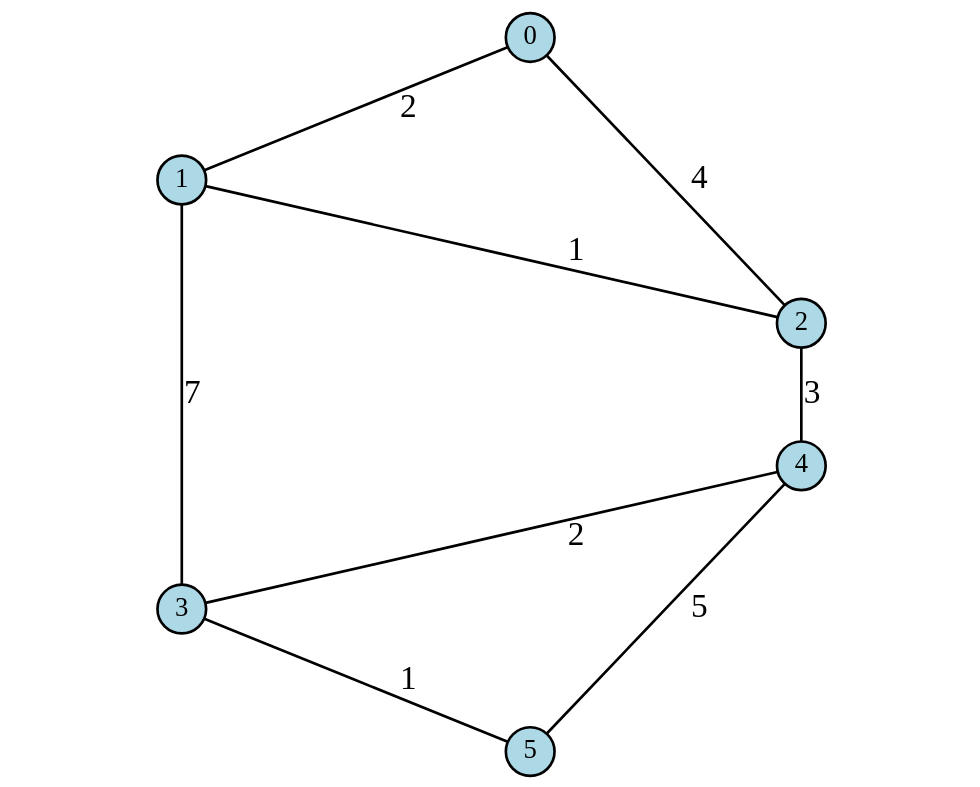
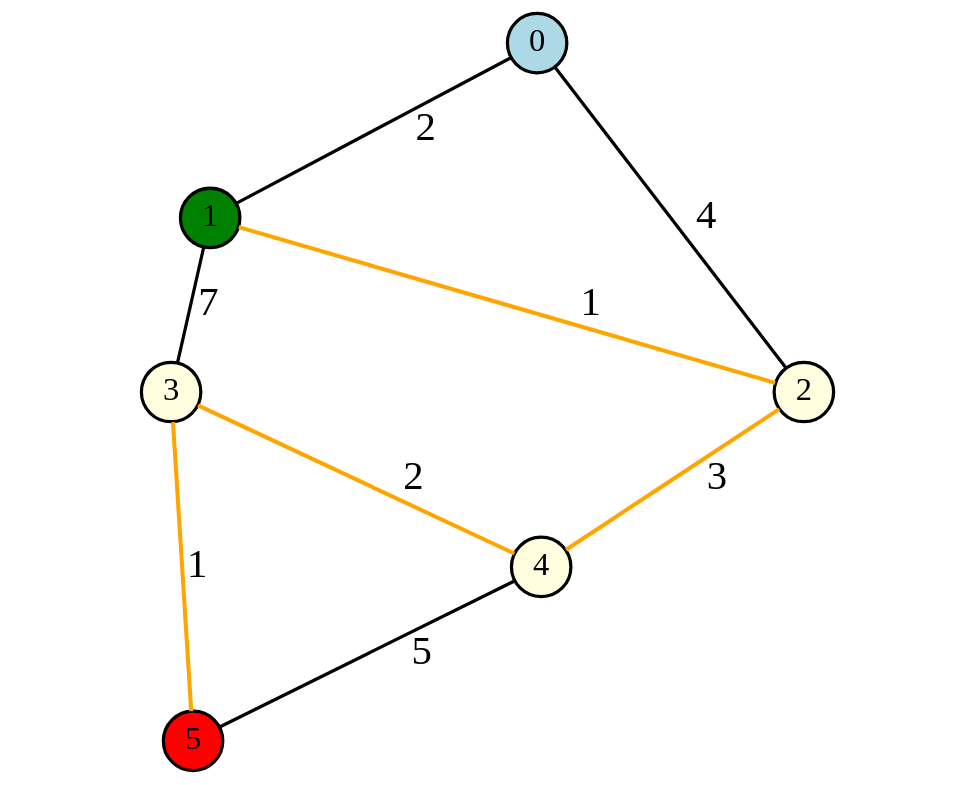
Before and after one commit to Arpit-Singh-Chauhan/Path-Finder: the diagram in graph.dot, drawn with Graphviz. The commit also changed 1 other file, not shown here.

Commit message:
inseet graph

```diff
--- a/graph.dot
+++ b/graph.dot
@@ -1,32 +1,30 @@
-graph G {
-
-    ratio = fill
-    size = "10,8"
-    nodesep = 0.8           //horizontal spacing
-    ranksep = 1.2           // vertical spacing
-
-    node [
-        shape=circle
-        width = 1
-        height = 1
-        style=filled
-        fillcolor=lightblue
-        fontsize=40
-        penwidth=4
-    ]
-
-    edge [
-        fontsize=50
-        penwidth = 4
-    ]
-
-    0 -- 1 [label="2"]
-    0 -- 2 [label="4"]
-    1 -- 2 [label="1"]
-    1 -- 3 [label="7"]
-    2 -- 4 [label="3"]
-    3 -- 5 [label="1"]
-    4 -- 3 [label="2"]
-    4 -- 5 [label="5"]
-
+graph G{
+ratio = fill 
+size = "10,8" 
+nodesep = 0.8 
+ranksep = 1.2 
+node [ 
+shape=circle 
+style=filled 
+fillcolor=lightblue 
+fontsize=40 
+penwidth=4 
+] 
+edge [ 
+fontsize=50 
+penwidth = 4 
+] 
+0 -- 1 [label="2"];
+0 -- 2 [label="4"];
+1 [fillcolor=green];
+1 -- 2 [label="1", color=orange, penwidth=5];
+1 -- 3 [label="7"];
+2 [fillcolor=lightyellow];
+2 -- 4 [label="3", color=orange, penwidth=5];
+3 [fillcolor=lightyellow];
+3 -- 5 [label="1", color=orange, penwidth=5];
+3 -- 4 [label="2", color=orange, penwidth=5];
+4 [fillcolor=lightyellow];
+4 -- 5 [label="5"];
+5 [fillcolor=red];
 }
```
